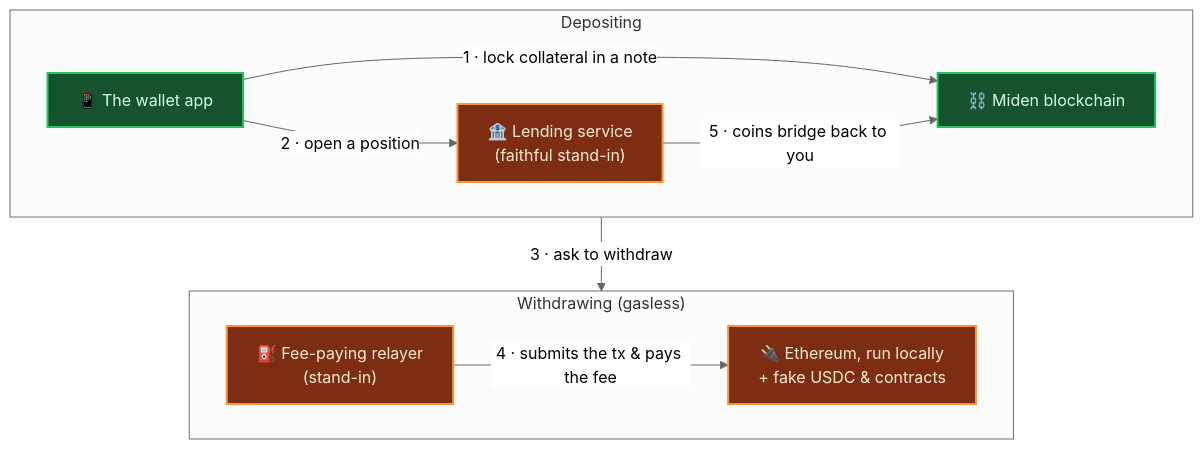
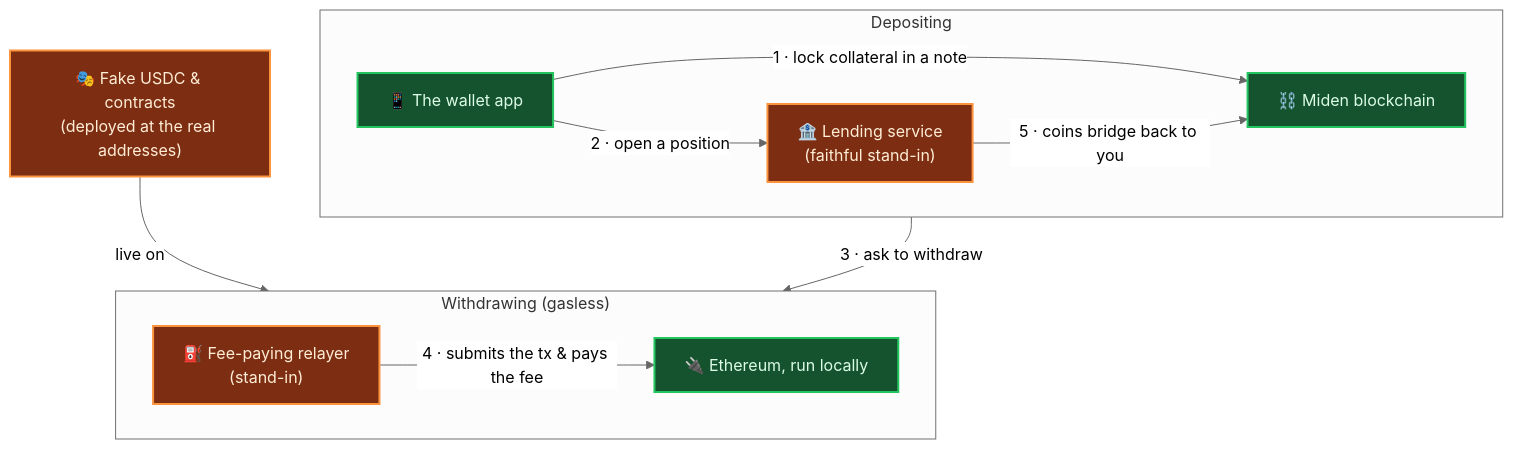
One commit to 0xMiden/wallet changed the sixth of 8 diagrams in playwright/e2e/docs/e2e-architecture.md. Above: the diagram before and after it, drawn with Mermaid (neutral theme). The commit also changed other lines of this file, not shown here.

Commit message:
docs(e2e): give the fake USDC/contracts their own box linking to Ethereum

````diff
--- a/playwright/e2e/docs/e2e-architecture.md
+++ b/playwright/e2e/docs/e2e-architecture.md
@@ -223,23 +223,25 @@
 ```mermaid
 flowchart TB
   APP["📱 The wallet app"]:::real
   CHAIN["⛓️ Miden blockchain"]:::real
   LEND["🏦 Lending service<br/>(faithful stand-in)"]:::fake
-  ETH["🔌 Ethereum, run locally<br/>+ fake USDC & contracts"]:::fake
+  ETH["🔌 Ethereum, run locally"]:::real
   RELAY["⛽ Fee-paying relayer<br/>(stand-in)"]:::fake
+  CONTRACTS["🎭 Fake USDC & contracts<br/>(deployed at the real addresses)"]:::fake
 
   subgraph DEP["Depositing"]
     direction LR
     APP -->|"1 · lock collateral in a note"| CHAIN
     APP -->|"2 · open a position"| LEND
   end
   subgraph WD["Withdrawing (gasless)"]
     direction LR
     APP -->|"3 · ask to withdraw"| RELAY
     RELAY -->|"4 · submits the tx & pays the fee"| ETH
     LEND -->|"5 · coins bridge back to you"| CHAIN
   end
+  CONTRACTS -->|"live on"| ETH
 
   classDef real fill:#14532d,stroke:#22c55e,stroke-width:2px,color:#dcfce7;
   classDef fake fill:#7c2d12,stroke:#fb923c,stroke-width:2px,color:#ffedd5;
 ```
````
